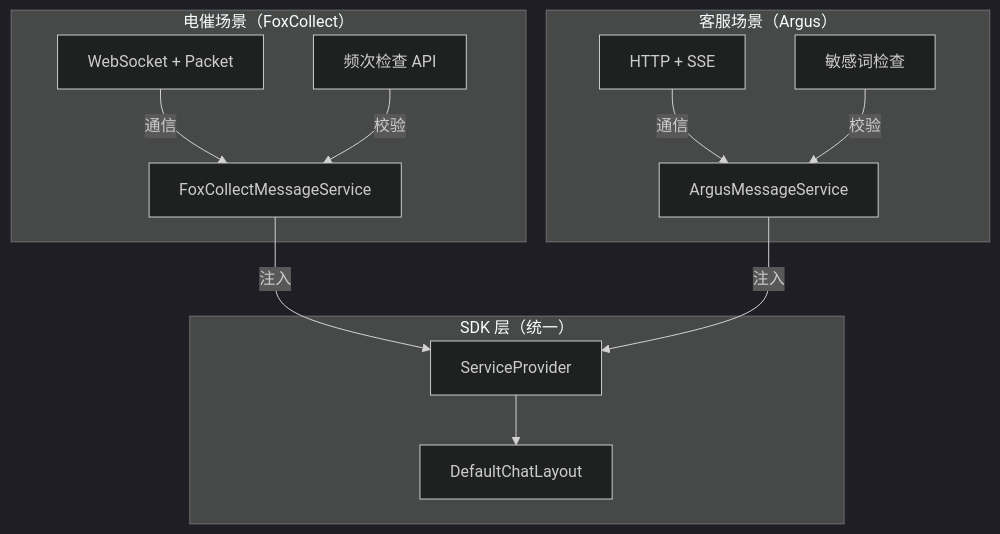
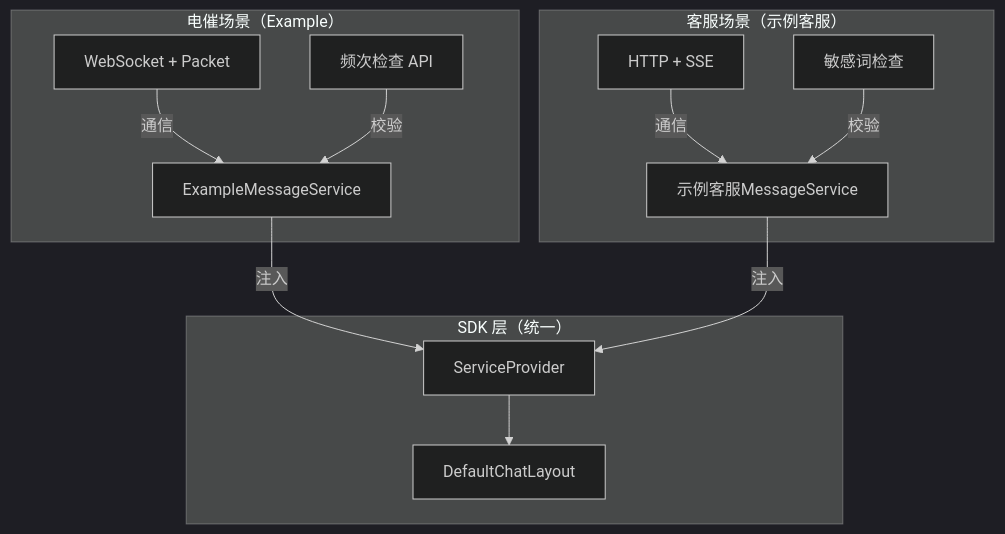
One commit to givingwu/bifrost-chat changed the fourth of 4 diagrams in design/generic-architecture-design.md. Above: the diagram before and after it, drawn with Mermaid (dark theme). The commit also changed other lines of this file and 53 other files, not shown here.

````diff
--- a/design/generic-architecture-design.md
+++ b/design/generic-architecture-design.md
@@ -390,29 +390,29 @@
 ```mermaid
 graph TB
-    subgraph "电催场景（FoxCollect）"
-        FC1[FoxCollectMessageService]
+    subgraph "电催场景（Example）"
+        FC1[ExampleMessageService]
         FC2[WebSocket + Packet]
         FC3[频次检查 API]
     end
     
-    subgraph "客服场景（Argus）"
-        AS1[ArgusMessageService]
+    subgraph "客服场景（示例客服）"
+        AS1[示例客服MessageService]
         AS2[HTTP + SSE]
         AS3[敏感词检查]
     end
     
     subgraph "SDK 层（统一）"
         SDK[ServiceProvider]
         UI[DefaultChatLayout]
     end
     
     FC1 -->|注入| SDK
     FC2 -->|通信| FC1
     FC3 -->|校验| FC1
     
     AS1 -->|注入| SDK
     AS2 -->|通信| AS1
     AS3 -->|校验| AS1
     
     SDK --> UI
 ```
````
